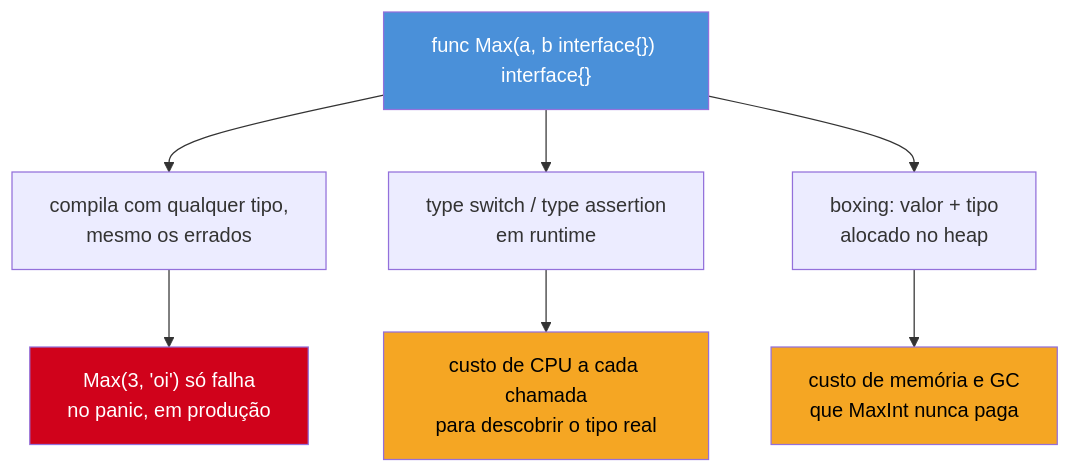
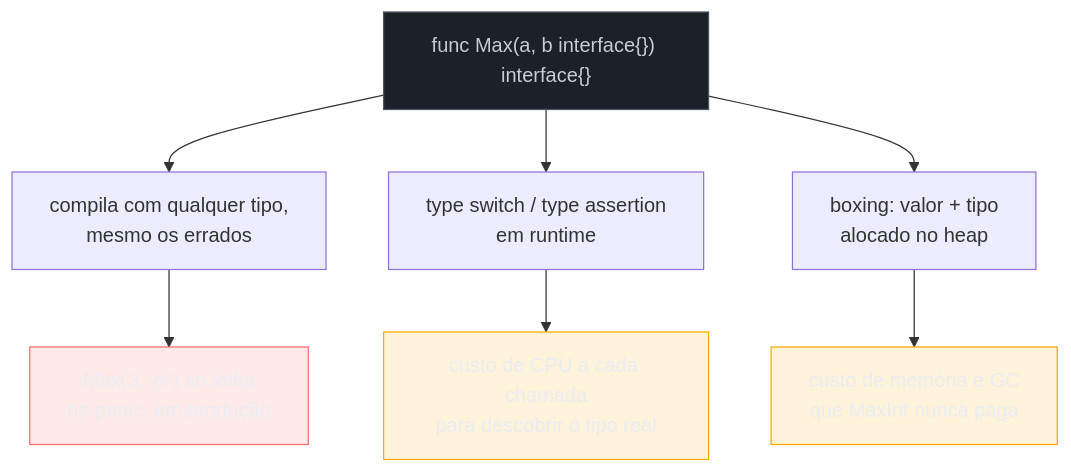
The diagram in 03-Dominios/Tecnologia/Go/06 - Generics/01 - Por que generics — o problema antes de 1.18.md (josenaldo/codex-technomanticus), drawn with Mermaid before and after one commit. The commit also changed 1181 other files, not shown here.

First line of the commit message:
fix(diagramas): paleta do sistema no lugar de cor cravada no markdown

````diff
--- a/03-Dominios/Tecnologia/Go/06 - Generics/01 - Por que generics — o problema antes de 1.18.md
+++ b/03-Dominios/Tecnologia/Go/06 - Generics/01 - Por que generics — o problema antes de 1.18.md
@@ -117,15 +117,18 @@
 ```mermaid
 flowchart TB
+    classDef neutro fill:#1B2029,stroke:#4E5666,color:#C6CCD8
+    classDef falha fill:#FF6B6B24,stroke:#FF6B6B,color:#E9ECF2
+    classDef destaque fill:#FFAA0024,stroke:#FFAA00,color:#E9ECF2
     A["func Max(a, b interface{}) interface{}"] --> B["compila com qualquer tipo,\nmesmo os errados"]
     A --> C["type switch / type assertion\nem runtime"]
     A --> D["boxing: valor + tipo\nalocado no heap"]
 
     B --> E["Max(3, 'oi') só falha\nno panic, em produção"]
     C --> F["custo de CPU a cada chamada\npara descobrir o tipo real"]
     D --> G["custo de memória e GC\nque MaxInt nunca paga"]
 
-    style A fill:#4A90D9,color:#fff
-    style E fill:#D0021B,color:#fff
-    style F fill:#F5A623,color:#000
-    style G fill:#F5A623,color:#000
+    class A neutro
+    class E falha
+    class F destaque
+    class G destaque
 ```
````
